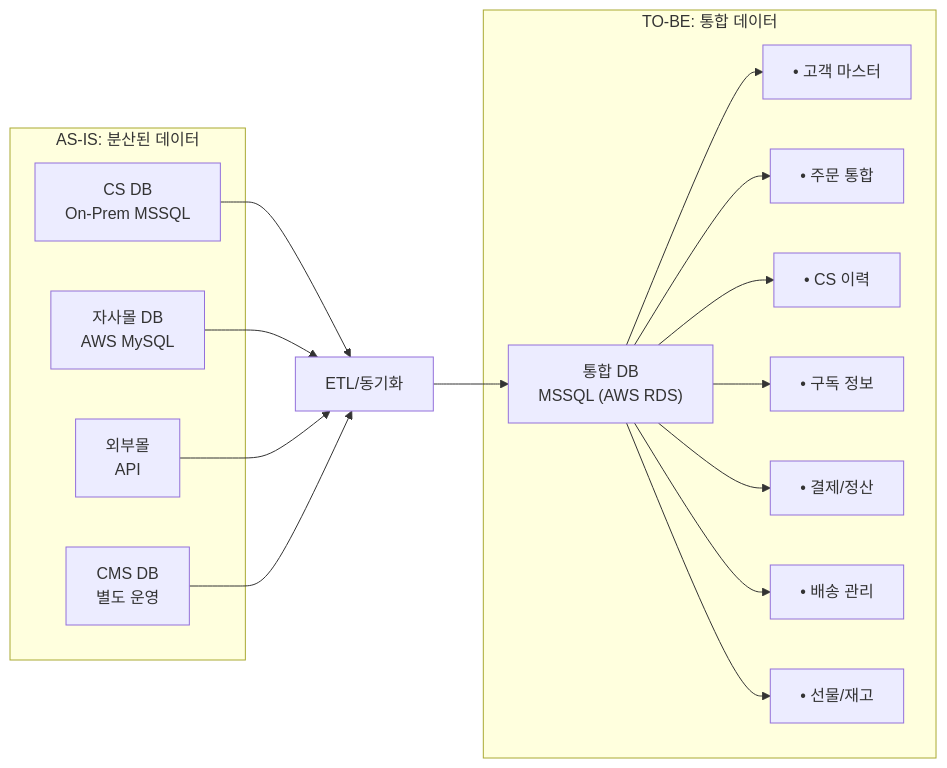
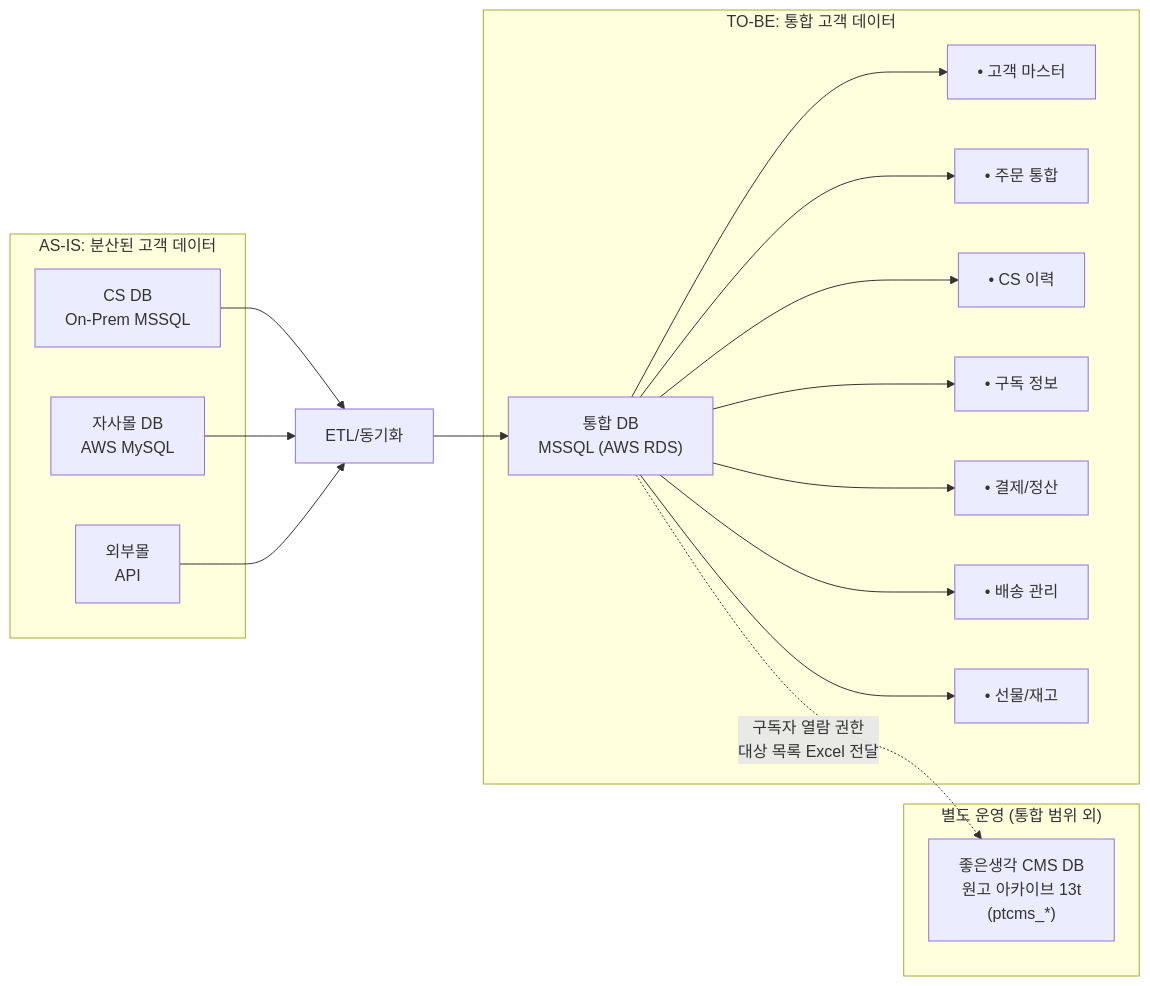
The first of 5 diagrams in src/content/docs/goodthinking-isp/04-design/data-integration.md (sknkwoxs/manual-book), drawn with Mermaid before and after one commit. The commit also changed other lines of this file and 4 other files, not shown here.

First line of the commit message:
docs: separate CMS (manuscript archive) from CS integrated DB scope in ch4 design docs

````diff
--- a/src/content/docs/goodthinking-isp/04-design/data-integration.md
+++ b/src/content/docs/goodthinking-isp/04-design/data-integration.md
@@ -16,35 +16,39 @@
 ```mermaid
 graph LR
-    subgraph ASIS["AS-IS: 분산된 데이터"]
+    subgraph ASIS["AS-IS: 분산된 고객 데이터"]
         A1["CS DB<br/>On-Prem MSSQL"]
         A2["자사몰 DB<br/>AWS MySQL"]
         A3["외부몰<br/>API"]
-        A4["CMS DB<br/>별도 운영"]
     end
     
     ETL["ETL/동기화"]
     
-    subgraph TOBE["TO-BE: 통합 데이터"]
+    subgraph TOBE["TO-BE: 통합 고객 데이터"]
         B1["통합 DB<br/>MSSQL (AWS RDS)"]
         B2["• 고객 마스터"]
         B3["• 주문 통합"]
         B4["• CS 이력"]
         B5["• 구독 정보"]
         B6["• 결제/정산"]
         B7["• 배송 관리"]
         B8["• 선물/재고"]
     end
     
+    subgraph CMS_SEPARATE["별도 운영 (통합 범위 외)"]
+        C1["좋은생각 CMS DB<br/>원고 아카이브 13t<br/>(ptcms_*)"]
+    end
+    
     A1 --> ETL
     A2 --> ETL
     A3 --> ETL
-    A4 --> ETL
     ETL --> B1
     B1 --> B2
     B1 --> B3
     B1 --> B4
     B1 --> B5
     B1 --> B6
     B1 --> B7
     B1 --> B8
+    
+    B1 -.->|구독자 열람 권한<br/>대상 목록 Excel 전달| C1
 ```
````
